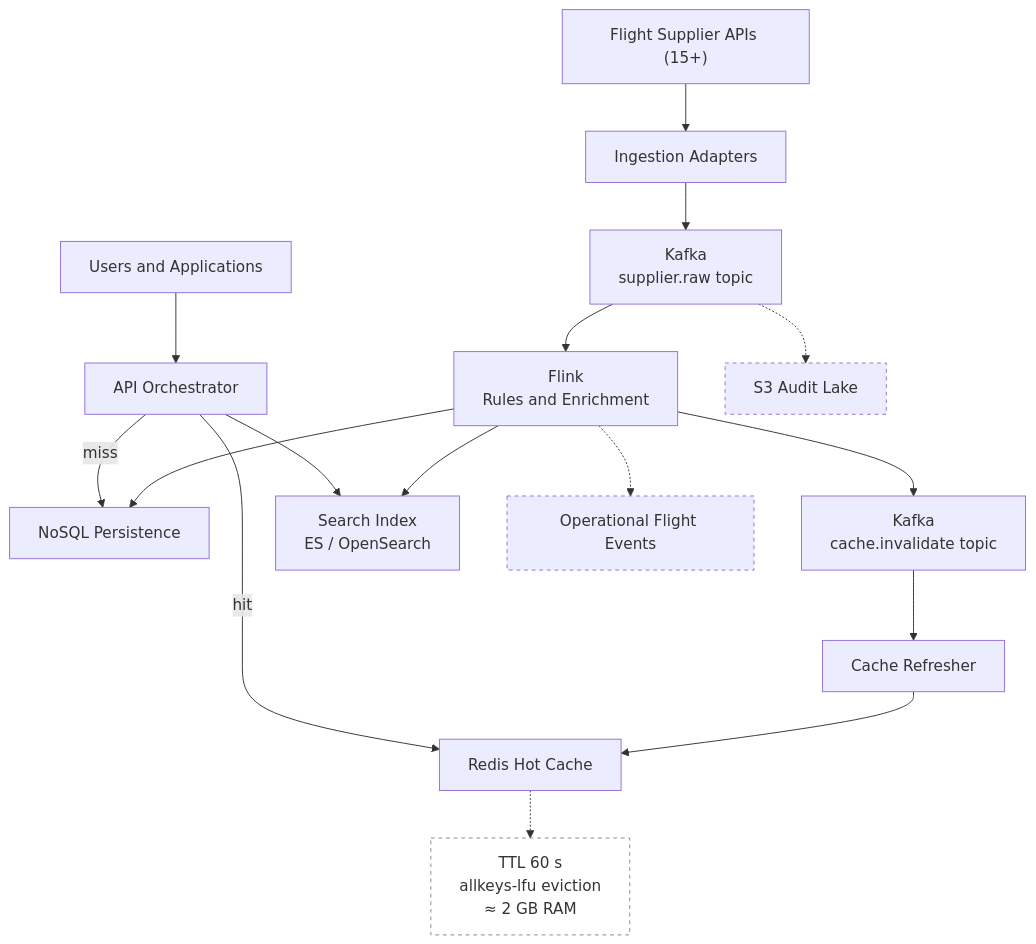
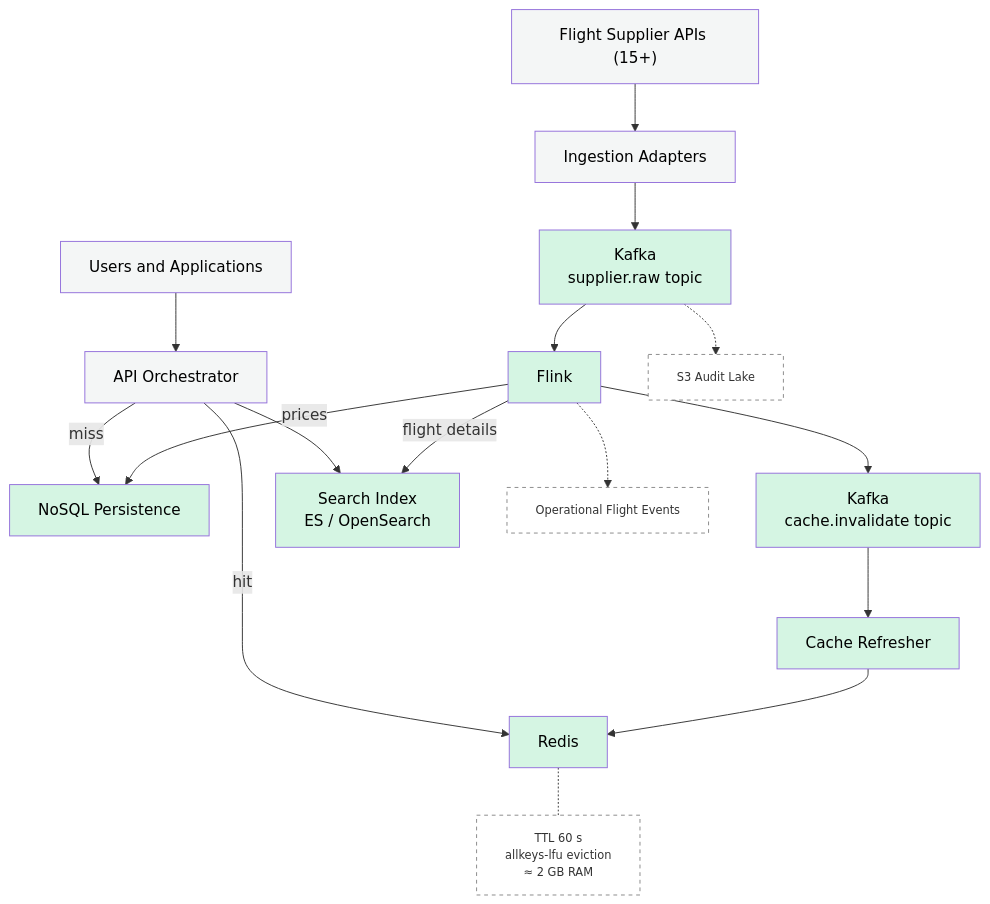
Before and after one commit to tvergilio/enterprise-streaming-architecture: the diagram in source/high-level-runtime.mmd, drawn with Mermaid. The commit also changed other lines of this file and 2 other files, not shown here.

Commit message:
Refactored high-level runtime diagram for clarity. Updated README.

```diff
--- a/source/high-level-runtime.mmd
+++ b/source/high-level-runtime.mmd
@@ -1,30 +1,38 @@
 ---
 config:
   look: classic
 ---
 graph TD
   Suppliers["Flight Supplier APIs (15+)"] --> Ingest[Ingestion Adapters]
   Ingest --> Kafka[Kafka 
   supplier.raw topic]
-  Kafka --> Flink[Flink
-  Rules and Enrichment]
-  Flink --> NoSQL[NoSQL Persistence]
-  Flink --> CacheTopic[Kafka 
+  Kafka --> Flink[Flink]
+  Flink --> |prices| NoSQL[NoSQL Persistence]
+  Flink -->  CacheTopic[Kafka 
   cache.invalidate topic]
   CacheTopic --> Refresher[Cache Refresher]
-  Refresher --> RedisHot[Redis Hot Cache]
+  Refresher --> RedisHot[Redis]
   RedisPolicy["TTL 60 s
 allkeys-lfu eviction
 ≈ 2 GB RAM"]:::note
-  RedisHot -.-> RedisPolicy
-  Flink --> SearchIdx[Search Index
+  RedisHot -.- RedisPolicy
+  Flink --> |flight details| SearchIdx[Search Index
   ES / OpenSearch]
   Users[Users and Applications] --> API[API Orchestrator]
   API --> SearchIdx
   API -->|hit| RedisHot
   API -->|miss| NoSQL
   Flink -.-> OpsTopic[Operational Flight Events]
   Kafka -.-> Lake[S3 Audit Lake]
   classDef dashed stroke-dasharray:4 4
   classDef note fill:#ffffff,stroke:#888,stroke-dasharray:4 4
   class OpsTopic,Lake dashed
+  classDef primary fill:#d6eaf8,color:#000,stroke:#aed6f1;      %% Soft blue for primary processing
+classDef infra fill:#d5f5e3,color:#000,stroke:#82e0aa;        %% Light green for infrastructure
+classDef grey fill:#f4f6f6,color:#000,stroke:#d5d8dc;         %% Light grey for external/support
+classDef note fill:#ffffff,color:#333,stroke:#888,stroke-dasharray:4 4,font-size:12px
+class Suppliers,Ingest,API grey
+class Kafka,Flink,CacheTopic,Refresher,RedisHot,RedisPolicy,NoSQL,SearchIdx infra
+class Users grey
+class Lake,OpsTopic note
+class RedisPolicy note
```
